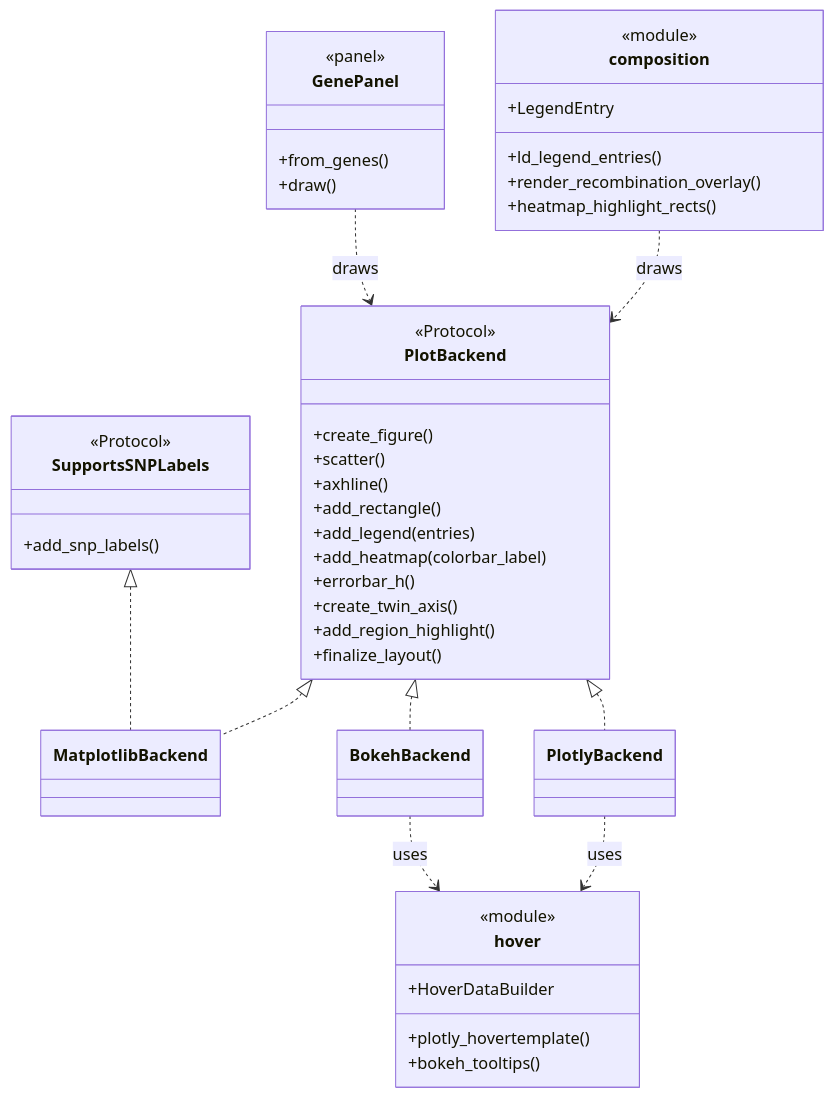
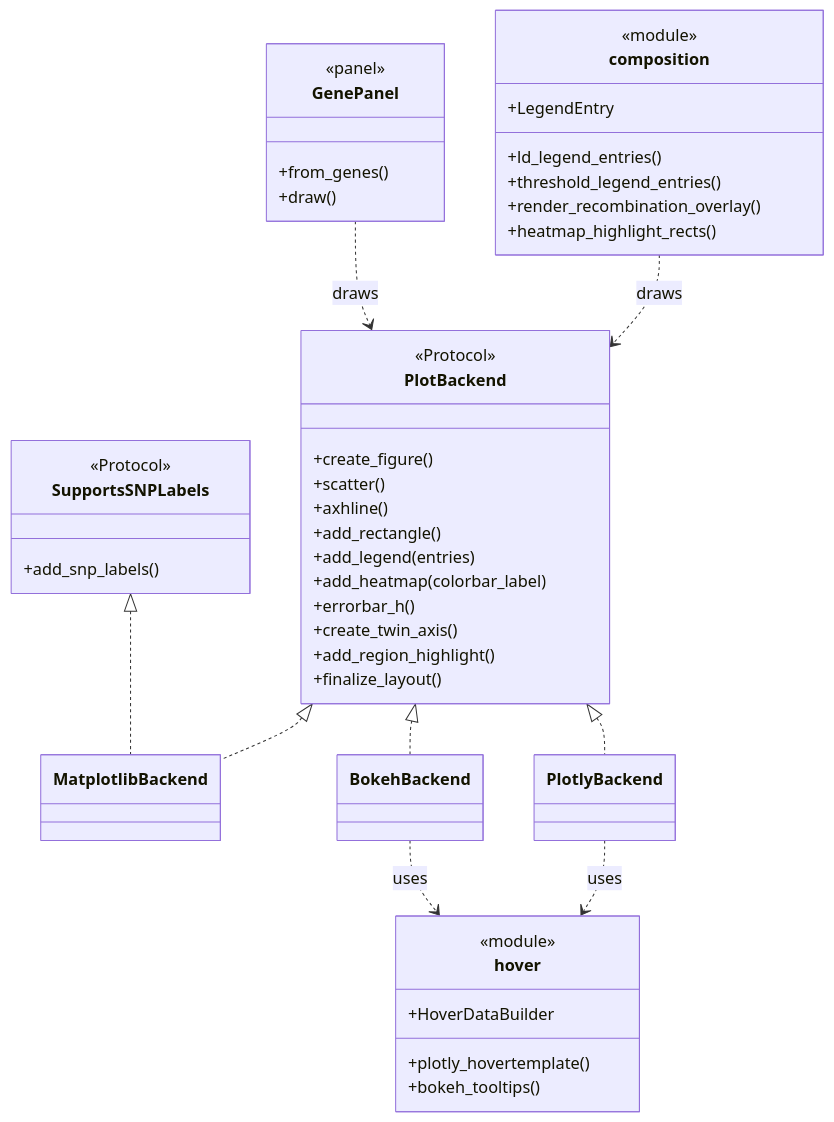
Before and after one commit to michael-denyer/pyLocusZoom: the third of 3 diagrams in docs/CODEMAP.md, drawn with Mermaid. The commit also changed 31 other files, not shown here.

````diff
--- a/docs/CODEMAP.md
+++ b/docs/CODEMAP.md
@@ -413,50 +413,51 @@
 ```mermaid
 classDiagram
     class PlotBackend {
         <<Protocol>>
         +create_figure()
         +scatter()
         +axhline()
         +add_rectangle()
         +add_legend(entries)
         +add_heatmap(colorbar_label)
         +errorbar_h()
         +create_twin_axis()
         +add_region_highlight()
         +finalize_layout()
     }
     class SupportsSNPLabels {
         <<Protocol>>
         +add_snp_labels()
     }
     class composition {
         <<module>>
         +LegendEntry
         +ld_legend_entries()
+        +threshold_legend_entries()
         +render_recombination_overlay()
         +heatmap_highlight_rects()
     }
     class hover {
         <<module>>
         +HoverDataBuilder
         +plotly_hovertemplate()
         +bokeh_tooltips()
     }
     class GenePanel {
         <<panel>>
         +from_genes()
         +draw()
     }
     class MatplotlibBackend
     class PlotlyBackend
     class BokehBackend
 
     PlotBackend <|.. MatplotlibBackend
     PlotBackend <|.. PlotlyBackend
     PlotBackend <|.. BokehBackend
     SupportsSNPLabels <|.. MatplotlibBackend
     composition ..> PlotBackend : draws
     GenePanel ..> PlotBackend : draws
     PlotlyBackend ..> hover : uses
     BokehBackend ..> hover : uses
 ```
````
